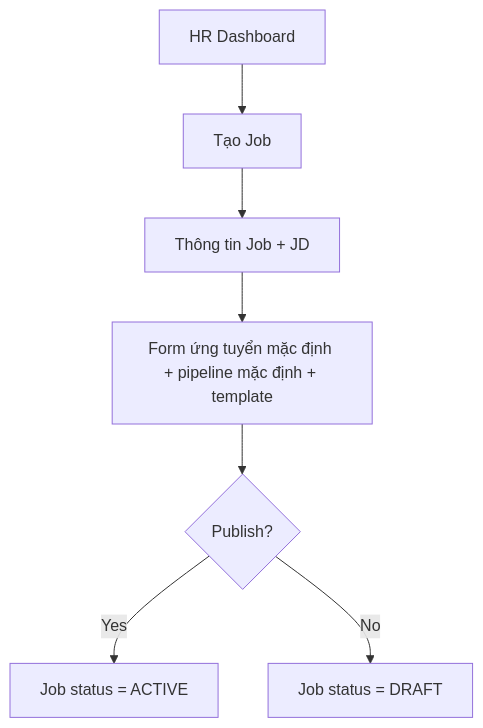
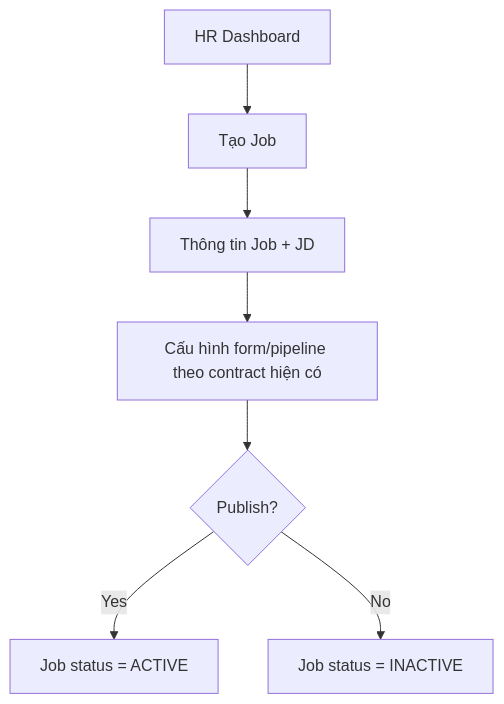
The diagram in nghiep_vu/epic-03_HR_Dashboard_Job_Management/brief.md (VanHaPtit/EasyTech_FE), drawn with Mermaid before and after one commit. The commit also changed other lines of this file and 24 other files, not shown here.

````diff
--- a/nghiep_vu/epic-03_HR_Dashboard_Job_Management/brief.md
+++ b/nghiep_vu/epic-03_HR_Dashboard_Job_Management/brief.md
@@ -15,9 +15,9 @@
 ```mermaid
 graph TD
   A[HR Dashboard] --> B[Tạo Job]
   B --> C[Thông tin Job + JD]
-  C --> D[Form ứng tuyển mặc định + pipeline mặc định + template]
+  C --> D[Cấu hình form/pipeline theo contract hiện có]
   D --> E{Publish?}
   E -- Yes --> F[Job status = ACTIVE]
-  E -- No --> G[Job status = DRAFT]
+  E -- No --> G[Job status = INACTIVE]
 ```
````
